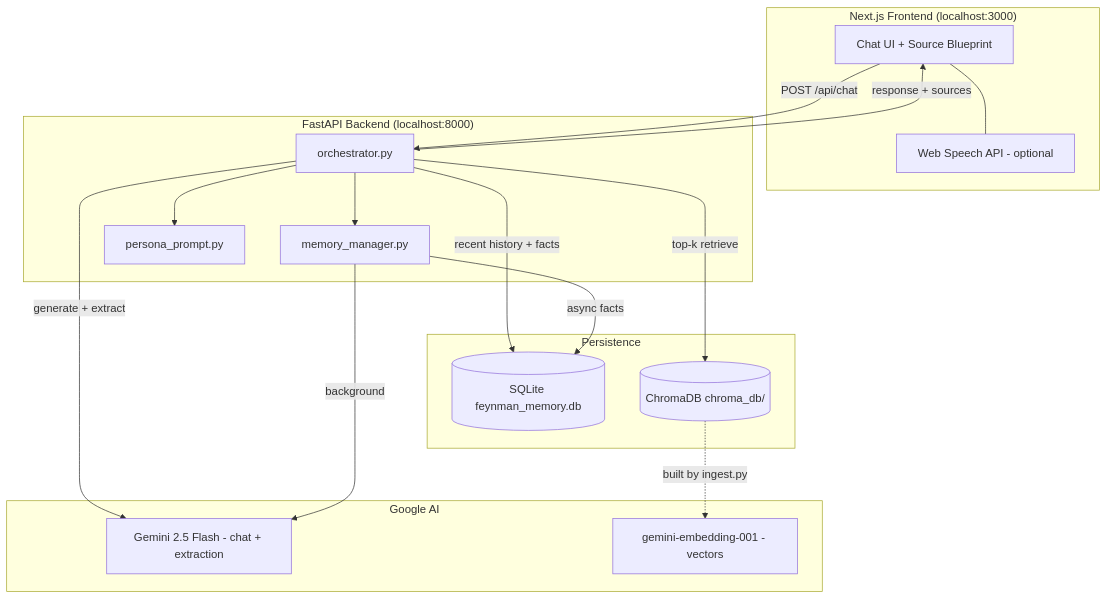
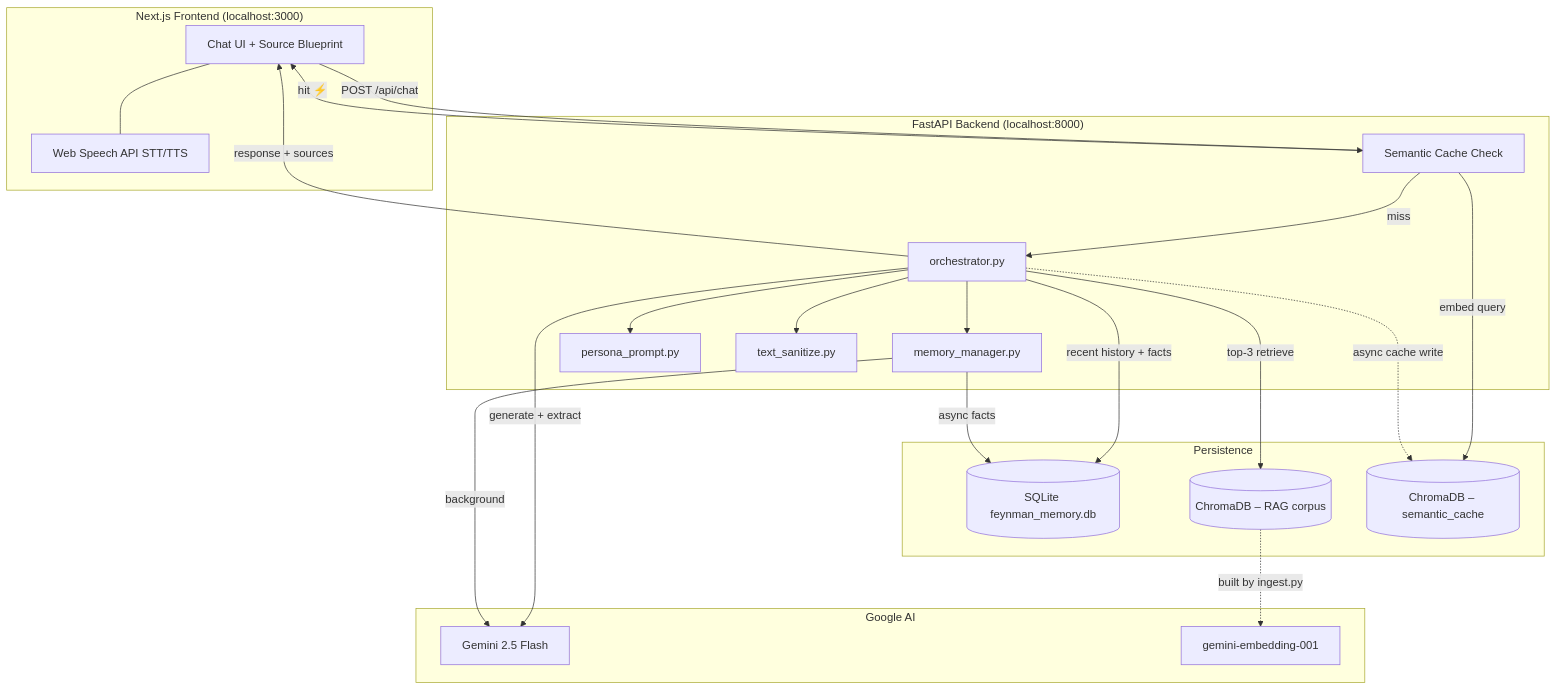
One commit to bibrocks1/Feynman-twin changed the diagram in README.md. Above: the diagram before and after it, drawn with Mermaid. The commit also changed other lines of this file, not shown here.

````diff
--- a/README.md
+++ b/README.md
@@ -21,35 +74,43 @@
 ```mermaid
 flowchart TB
     subgraph Client["Next.js Frontend (localhost:3000)"]
         UI[Chat UI + Source Blueprint]
-        Voice[Web Speech API - optional]
+        Voice[Web Speech API STT/TTS]
         UI --- Voice
     end
 
     subgraph API["FastAPI Backend (localhost:8000)"]
+        CACHE_CHECK[Semantic Cache Check]
         ORCH[orchestrator.py]
         MM[memory_manager.py]
         PERSONA[persona_prompt.py]
+        SANITIZE[text_sanitize.py]
+        CACHE_CHECK -->|miss| ORCH
         ORCH --> MM
         ORCH --> PERSONA
+        ORCH --> SANITIZE
     end
 
     subgraph Memory["Persistence"]
         SQL[(SQLite feynman_memory.db)]
-        CHROMA[(ChromaDB chroma_db/)]
+        CHROMA_RAG[(ChromaDB – RAG corpus)]
+        CHROMA_CACHE[(ChromaDB – semantic_cache)]
     end
 
     subgraph Google["Google AI"]
-        GEMINI[Gemini 2.5 Flash - chat + extraction]
-        EMBED[gemini-embedding-001 - vectors]
+        GEMINI[Gemini 2.5 Flash]
+        EMBED[gemini-embedding-001]
     end
 
-    UI -->|POST /api/chat| ORCH
+    UI -->|POST /api/chat| CACHE_CHECK
+    CACHE_CHECK -->|hit ⚡| UI
+    CACHE_CHECK -->|embed query| CHROMA_CACHE
     ORCH -->|recent history + facts| SQL
-    ORCH -->|top-k retrieve| CHROMA
-    CHROMA -.->|built by ingest.py| EMBED
+    ORCH -->|top-3 retrieve| CHROMA_RAG
+    CHROMA_RAG -.->|built by ingest.py| EMBED
     ORCH -->|generate + extract| GEMINI
     ORCH -->|response + sources| UI
     MM -->|async facts| SQL
     MM -->|background| GEMINI
+    ORCH -.->|async cache write| CHROMA_CACHE
 ```
````
